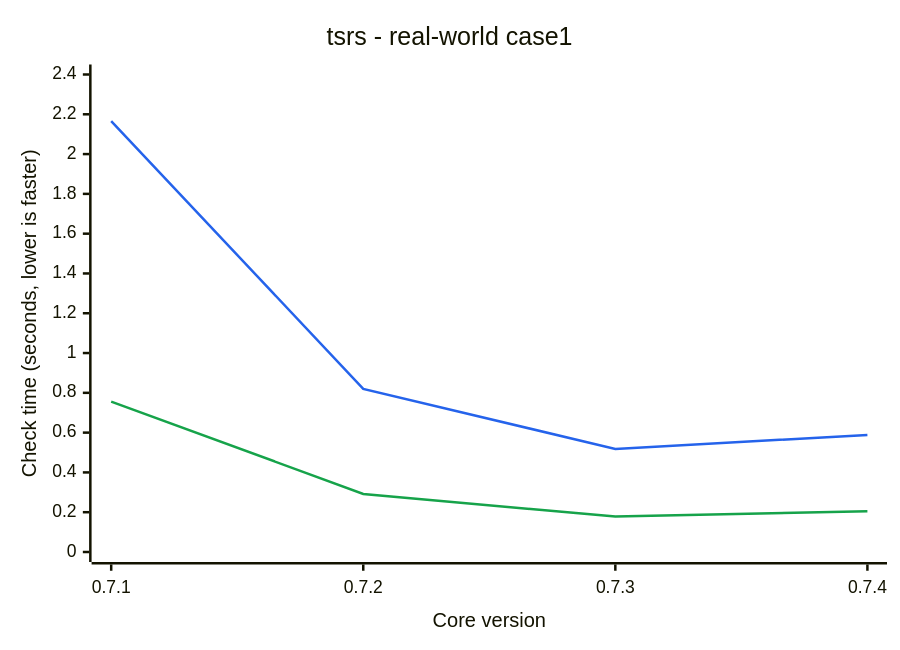
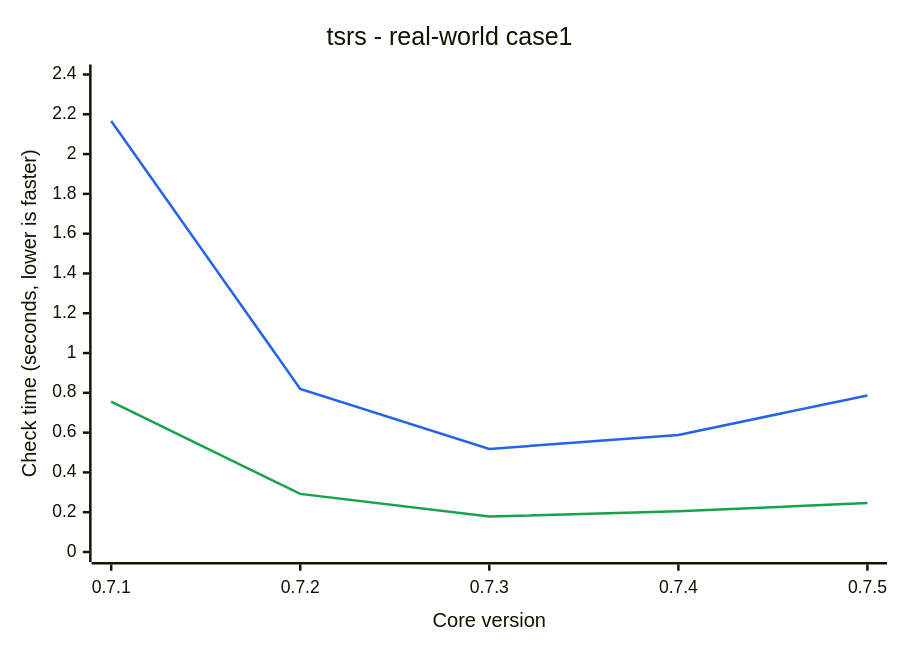
One commit to ismailkarsli/TypeSQL changed the diagram in README.md. Above: the diagram before and after it, drawn with Mermaid. The commit also changed other lines of this file and 25 other files, not shown here.

````diff
--- a/README.md
+++ b/README.md
@@ -149,9 +149,9 @@
 ```mermaid
 %%{init: {"themeVariables": {"xyChart": {"plotColorPalette": "#2563eb,#16a34a"}}}}%%
 xychart-beta
     title "tsrs - real-world case1"
-    x-axis "Core version" ["0.7.1", "0.7.2", "0.7.3", "0.7.4"]
+    x-axis "Core version" ["0.7.1", "0.7.2", "0.7.3", "0.7.4", "0.7.5"]
     y-axis "Check time (seconds, lower is faster)" 0 --> 2.4
-    line [2.166, 0.82, 0.518, 0.588]
-    line [0.756, 0.292, 0.178, 0.205]
+    line [2.166, 0.82, 0.518, 0.588, 0.787]
+    line [0.756, 0.292, 0.178, 0.205, 0.246]
 ```
````
